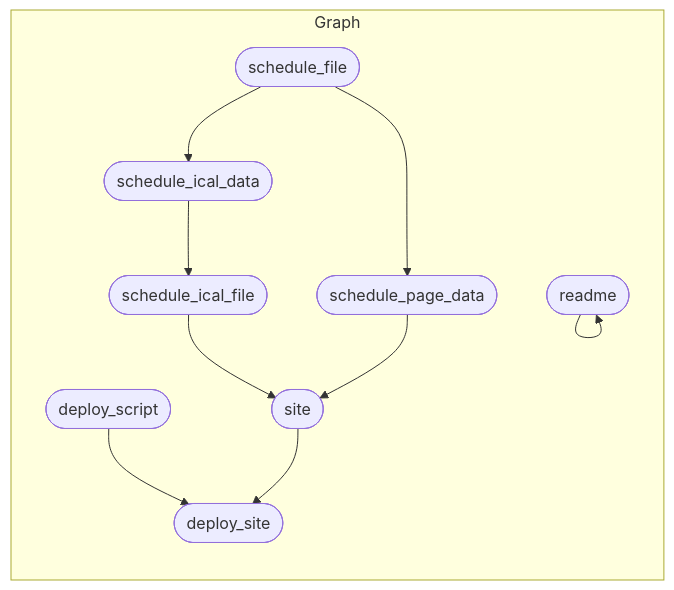
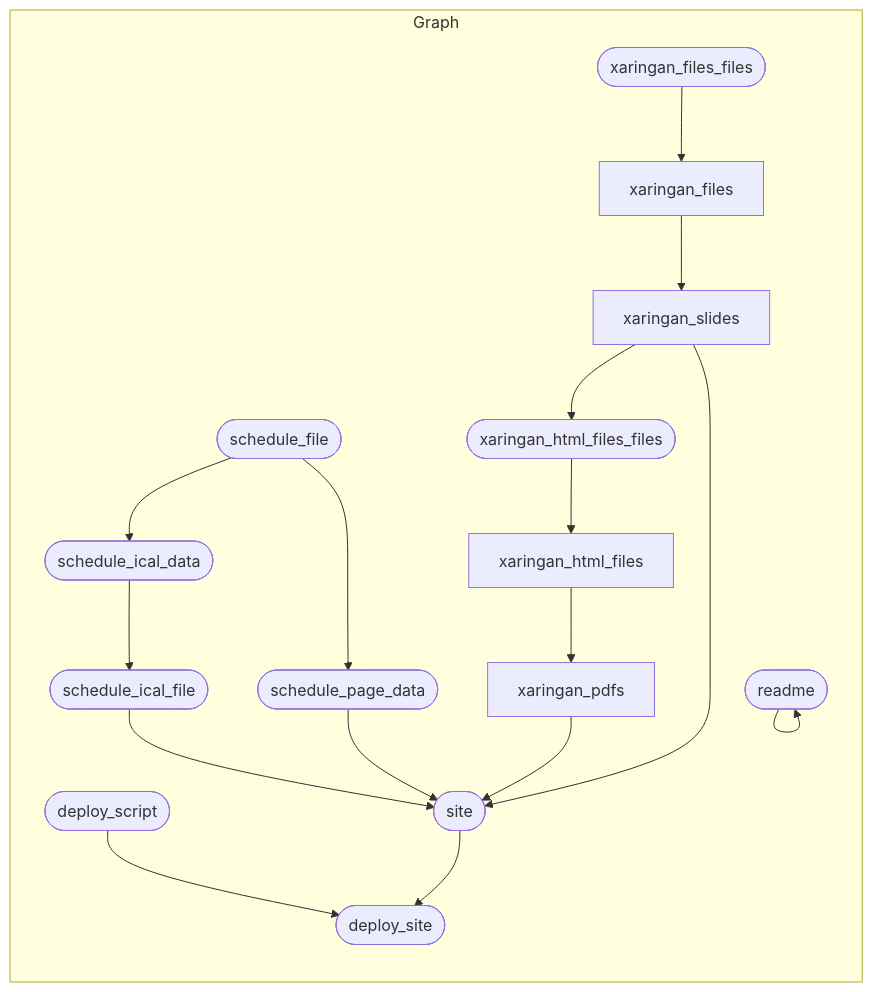
The diagram in README.md (andrewheiss/nonprofitf22.classes.andrewheiss.com), drawn with Mermaid before and after one commit. The commit also changed 1 other file, not shown here.

Commit message:
Updated targets graph

````diff
--- a/README.md
+++ b/README.md
@@ -91,13 +91,20 @@
 ``` mermaid
 graph LR
   subgraph Graph
     x9c20b8c56debbe9a(["deploy_script"]):::skipped --> x78f3e0b711425f1c(["deploy_site"]):::queued
     x7aa56383a054e8ba(["site"]):::queued --> x78f3e0b711425f1c(["deploy_site"]):::queued
+    x4a210bdf90796bca(["xaringan_files_files"]):::built --> xf4774655f169db90["xaringan_files"]:::queued
     x4d31f5a49d5ae49f(["schedule_ical_file"]):::queued --> x7aa56383a054e8ba(["site"]):::queued
     x063edd335cc1b36f(["schedule_page_data"]):::queued --> x7aa56383a054e8ba(["site"]):::queued
+    xccbb2c85646c611a["xaringan_pdfs"]:::queued --> x7aa56383a054e8ba(["site"]):::queued
+    x60c212b45249134a["xaringan_slides"]:::queued --> x7aa56383a054e8ba(["site"]):::queued
+    x0751853b619def05["xaringan_html_files"]:::queued --> xccbb2c85646c611a["xaringan_pdfs"]:::queued
     xdf832f8e1f99baf2(["schedule_file"]):::queued --> x063edd335cc1b36f(["schedule_page_data"]):::queued
+    xf4774655f169db90["xaringan_files"]:::queued --> x60c212b45249134a["xaringan_slides"]:::queued
     xdf832f8e1f99baf2(["schedule_file"]):::queued --> x35552a73efe9c59f(["schedule_ical_data"]):::queued
+    x7a0d40becb063bda(["xaringan_html_files_files"]):::queued --> x0751853b619def05["xaringan_html_files"]:::queued
     x35552a73efe9c59f(["schedule_ical_data"]):::queued --> x4d31f5a49d5ae49f(["schedule_ical_file"]):::queued
+    x60c212b45249134a["xaringan_slides"]:::queued --> x7a0d40becb063bda(["xaringan_html_files_files"]):::queued
     x6e52cb0f1668cc22(["readme"]):::started --> x6e52cb0f1668cc22(["readme"]):::started
   end
 ```
````
